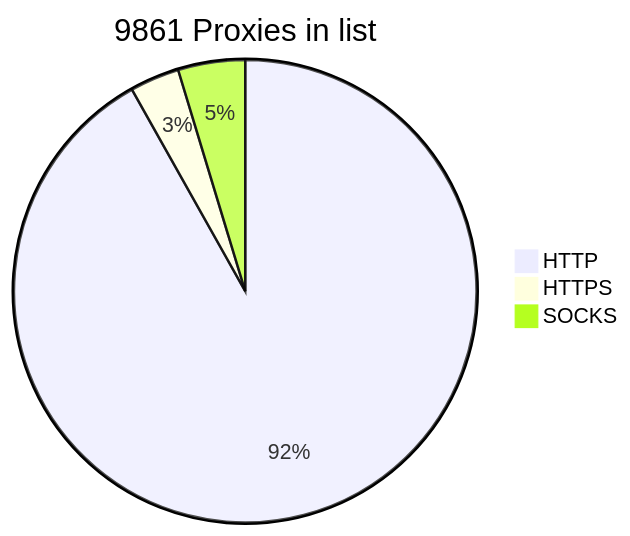
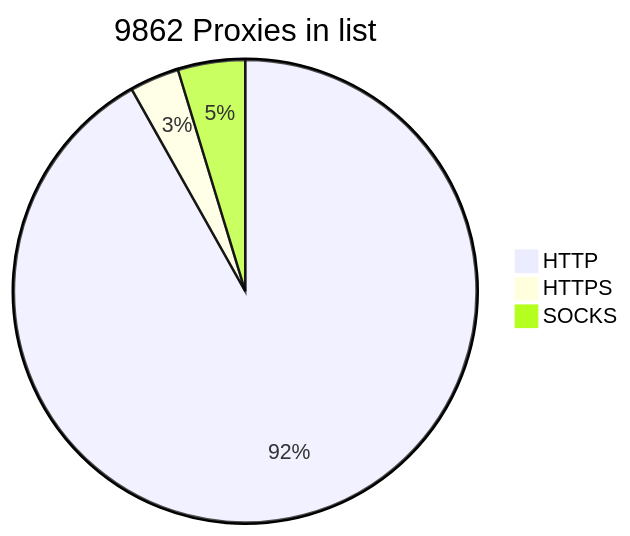
The diagram in README.md (BlackSnowDot/proxylist-update-every-minute), drawn with Mermaid before and after one commit.

````diff
--- a/README.md
+++ b/README.md
@@ -2,6 +2,6 @@
 ```mermaid
-pie title 9861 Proxies in list
+pie title 9862 Proxies in list
     "HTTP" : 9058
     "HTTPS": 341
-    "SOCKS" : 462
+    "SOCKS" : 463
 ```
````
